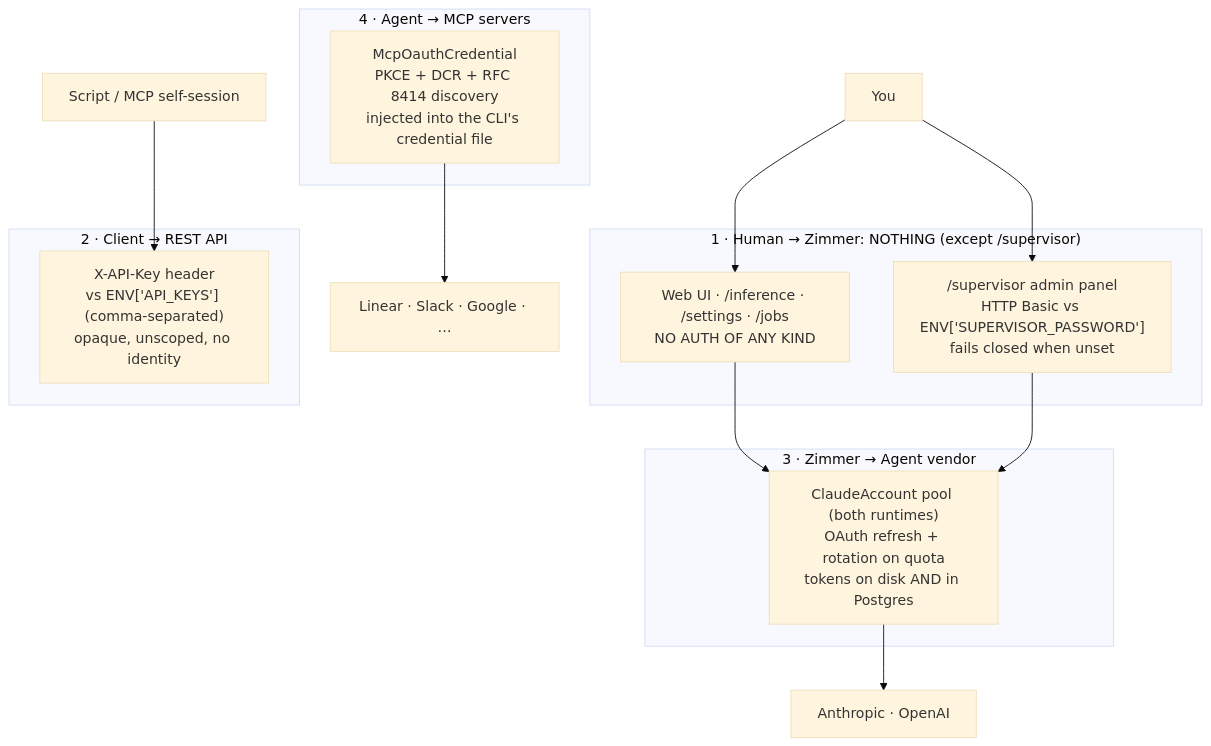
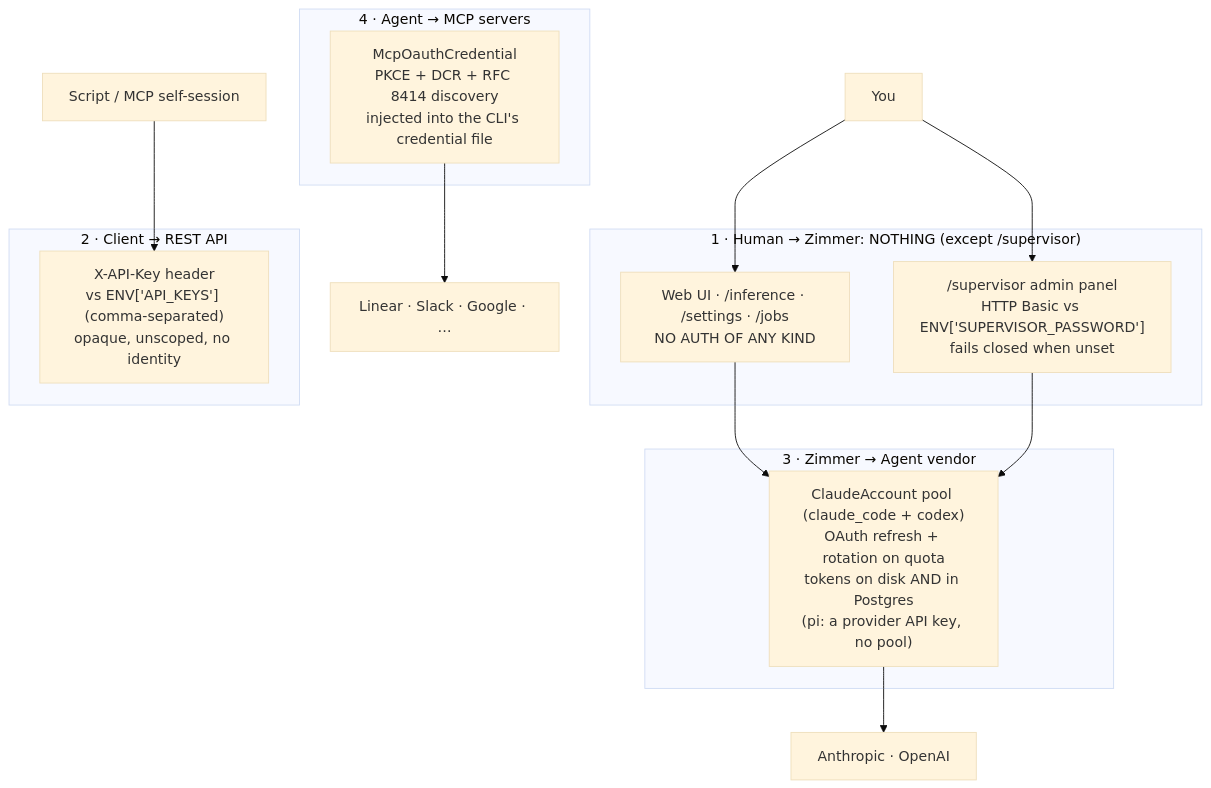
One commit to tadasant/zimmer changed the diagram in docs/src/content/docs/auth/overview.md. Above: the diagram before and after it, drawn with Mermaid (base theme). The commit also changed other lines of this file and 10 other files, not shown here.

````diff
--- a/docs/src/content/docs/auth/overview.md
+++ b/docs/src/content/docs/auth/overview.md
@@ -11,24 +11,24 @@
 ```mermaid
 flowchart TB
     subgraph none["1 · Human → Zimmer: NOTHING (except /supervisor)"]
         W["Web UI · /inference · /settings · /jobs<br/>NO AUTH OF ANY KIND"]
         SUP["/supervisor admin panel<br/>HTTP Basic vs ENV['SUPERVISOR_PASSWORD']<br/>fails closed when unset"]
     end
     subgraph api["2 · Client → REST API"]
         A["X-API-Key header<br/>vs ENV['API_KEYS'] (comma-separated)<br/>opaque, unscoped, no identity"]
     end
     subgraph harness["3 · Zimmer → Agent vendor"]
-        H["ClaudeAccount pool (both runtimes)<br/>OAuth refresh + rotation on quota<br/>tokens on disk AND in Postgres"]
+        H["ClaudeAccount pool (claude_code + codex)<br/>OAuth refresh + rotation on quota<br/>tokens on disk AND in Postgres<br/>(pi: a provider API key, no pool)"]
     end
     subgraph mcp["4 · Agent → MCP servers"]
         M["McpOauthCredential<br/>PKCE + DCR + RFC 8414 discovery<br/>injected into the CLI's credential file"]
     end
 
     U["You"] --> W
     U --> SUP
     C["Script / MCP self-session"] --> A
     W --> H
     SUP --> H
     H --> V["Anthropic · OpenAI"]
     M --> S["Linear · Slack · Google · …"]
 ```
````
